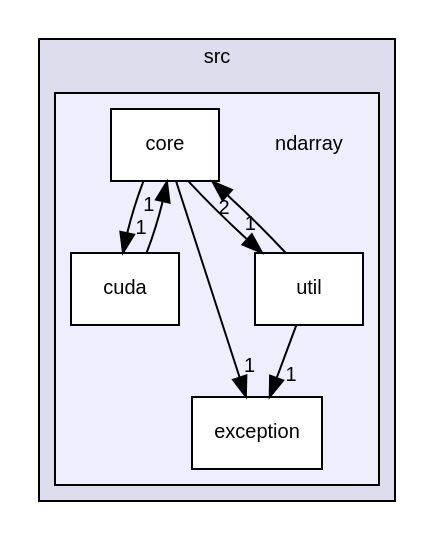
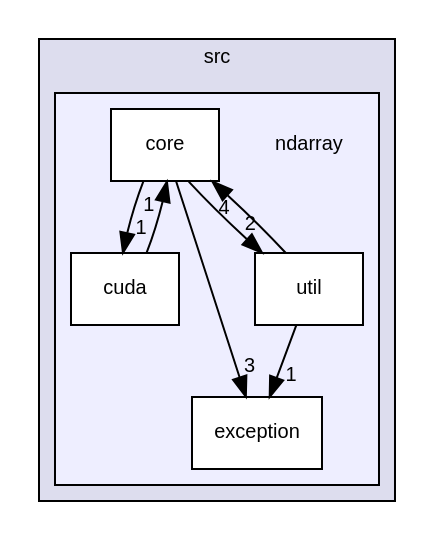
The diagram in dir_55ecf749f15610c6cc104d62519c634b_dep.dot (durbin-164/ant), drawn with Graphviz before and after one commit. The commit also changed 144 other files, not shown here.

```diff
--- a/dir_55ecf749f15610c6cc104d62519c634b_dep.dot
+++ b/dir_55ecf749f15610c6cc104d62519c634b_dep.dot
@@ -1,22 +1,22 @@
 digraph "/home/docker/actions-runner/_work/ant/ant/src/ndarray" {
   compound=true
   node [ fontsize="10", fontname="Helvetica"];
   edge [ labelfontsize="10", labelfontname="Helvetica"];
   subgraph clusterdir_68267d1309a1af8e8297ef4c3efbcdba {
     graph [ bgcolor="#ddddee", pencolor="black", label="src" fontname="Helvetica", fontsize="10", URL="dir_68267d1309a1af8e8297ef4c3efbcdba.html"]
   subgraph clusterdir_55ecf749f15610c6cc104d62519c634b {
     graph [ bgcolor="#eeeeff", pencolor="black", label="" URL="dir_55ecf749f15610c6cc104d62519c634b.html"];
     dir_55ecf749f15610c6cc104d62519c634b [shape=plaintext label="ndarray"];
     dir_7454677b681c88810c3e7bcabd94f44a [shape=box label="core" color="black" fillcolor="white" style="filled" URL="dir_7454677b681c88810c3e7bcabd94f44a.html"];
     dir_92f9279dd8d1830056bd48b5b5e99979 [shape=box label="cuda" color="black" fillcolor="white" style="filled" URL="dir_92f9279dd8d1830056bd48b5b5e99979.html"];
     dir_f9c7db31fde9affe3cb83837aaaf2e82 [shape=box label="exception" color="black" fillcolor="white" style="filled" URL="dir_f9c7db31fde9affe3cb83837aaaf2e82.html"];
     dir_219311fb69b67ac6d284836181deb101 [shape=box label="util" color="black" fillcolor="white" style="filled" URL="dir_219311fb69b67ac6d284836181deb101.html"];
   }
   }
   dir_7454677b681c88810c3e7bcabd94f44a->dir_92f9279dd8d1830056bd48b5b5e99979 [headlabel="1", labeldistance=1.5 headhref="dir_000002_000003.html"];
-  dir_7454677b681c88810c3e7bcabd94f44a->dir_219311fb69b67ac6d284836181deb101 [headlabel="1", labeldistance=1.5 headhref="dir_000002_000005.html"];
-  dir_7454677b681c88810c3e7bcabd94f44a->dir_f9c7db31fde9affe3cb83837aaaf2e82 [headlabel="1", labeldistance=1.5 headhref="dir_000002_000004.html"];
+  dir_7454677b681c88810c3e7bcabd94f44a->dir_219311fb69b67ac6d284836181deb101 [headlabel="2", labeldistance=1.5 headhref="dir_000002_000005.html"];
+  dir_7454677b681c88810c3e7bcabd94f44a->dir_f9c7db31fde9affe3cb83837aaaf2e82 [headlabel="3", labeldistance=1.5 headhref="dir_000002_000004.html"];
   dir_92f9279dd8d1830056bd48b5b5e99979->dir_7454677b681c88810c3e7bcabd94f44a [headlabel="1", labeldistance=1.5 headhref="dir_000003_000002.html"];
-  dir_219311fb69b67ac6d284836181deb101->dir_7454677b681c88810c3e7bcabd94f44a [headlabel="2", labeldistance=1.5 headhref="dir_000005_000002.html"];
+  dir_219311fb69b67ac6d284836181deb101->dir_7454677b681c88810c3e7bcabd94f44a [headlabel="4", labeldistance=1.5 headhref="dir_000005_000002.html"];
   dir_219311fb69b67ac6d284836181deb101->dir_f9c7db31fde9affe3cb83837aaaf2e82 [headlabel="1", labeldistance=1.5 headhref="dir_000005_000004.html"];
 }
```
